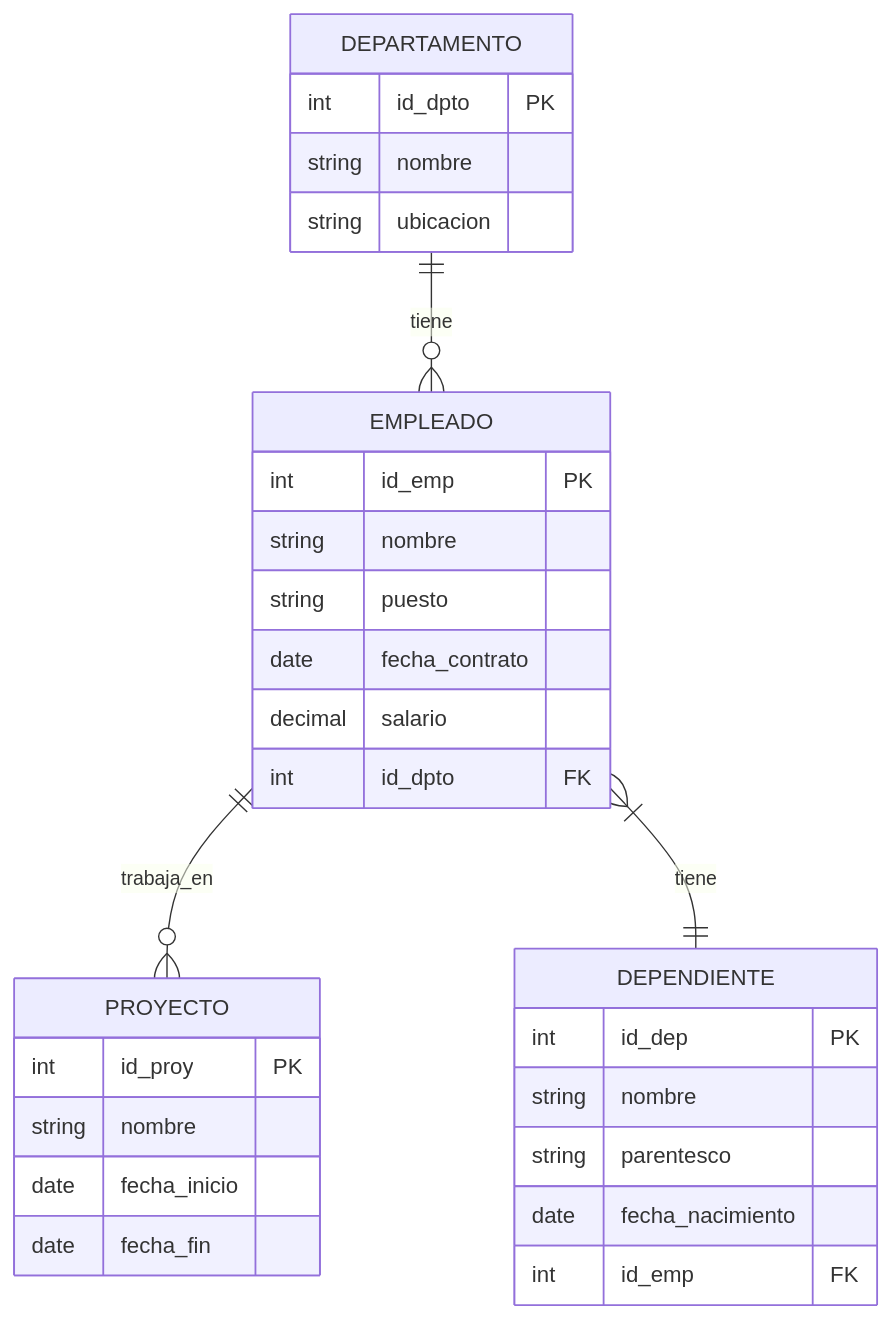
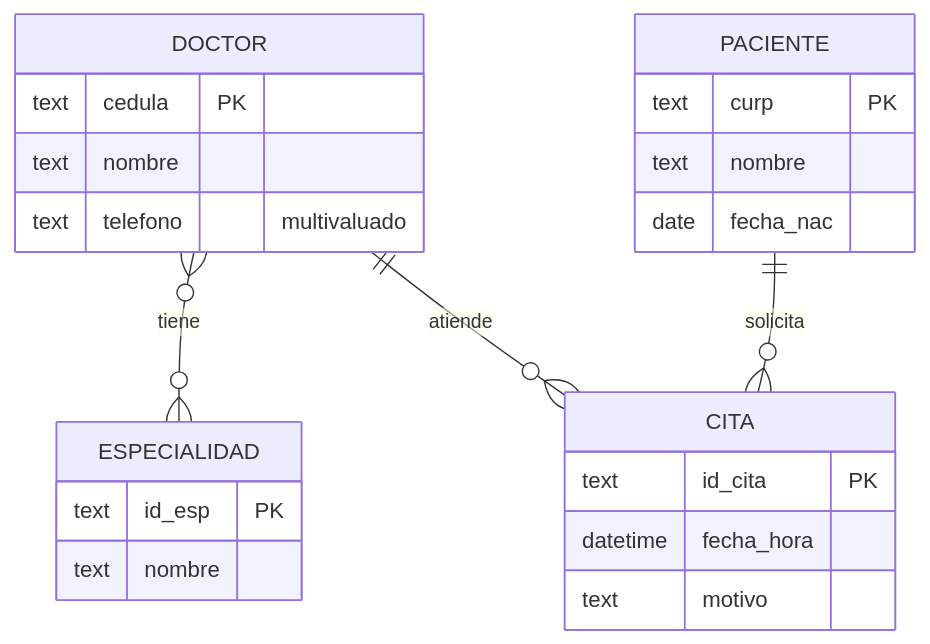
One commit to djaimej/computer-science-template changed the diagram in public/documents/semester-5/3/5331.md. Above: the diagram before and after it, drawn with Mermaid. The commit also changed other lines of this file and 2 other files, not shown here.

````diff
--- a/public/documents/semester-5/3/5331.md
+++ b/public/documents/semester-5/3/5331.md
@@ -100,36 +44,25 @@
 ```mermaid
 erDiagram
-    DEPARTAMENTO ||--o{ EMPLEADO : tiene
-    EMPLEADO ||--o{ PROYECTO : trabaja_en
-    EMPLEADO }|--|| DEPENDIENTE : tiene
-
-    DEPARTAMENTO {
-        int id_dpto PK
-        string nombre
-        string ubicacion
+    DOCTOR }o--o{ ESPECIALIDAD : tiene
+    DOCTOR ||--o{ CITA : atiende
+    PACIENTE ||--o{ CITA : solicita
+    DOCTOR {
+        text cedula PK
+        text nombre
+        text telefono "multivaluado"
     }
-
-    EMPLEADO {
-        int id_emp PK
-        string nombre
-        string puesto
-        date fecha_contrato
-        decimal salario
-        int id_dpto FK
+    PACIENTE {
+        text curp PK
+        text nombre
+        date fecha_nac
     }
-
-    PROYECTO {
-        int id_proy PK
-        string nombre
-        date fecha_inicio
-        date fecha_fin
+    CITA {
+        text id_cita PK
+        datetime fecha_hora
+        text motivo
     }
-
-    DEPENDIENTE {
-        int id_dep PK
-        string nombre
-        string parentesco
-        date fecha_nacimiento
-        int id_emp FK
+    ESPECIALIDAD {
+        text id_esp PK
+        text nombre
     }
 ```
````
